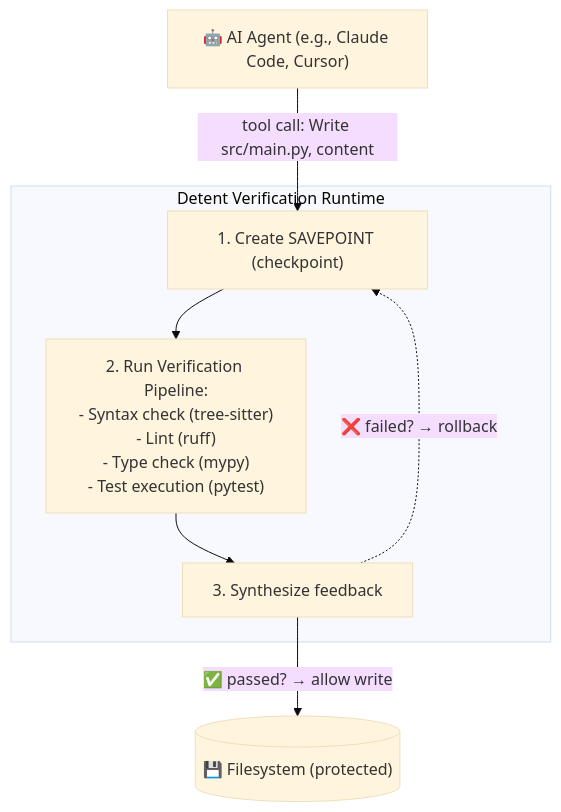
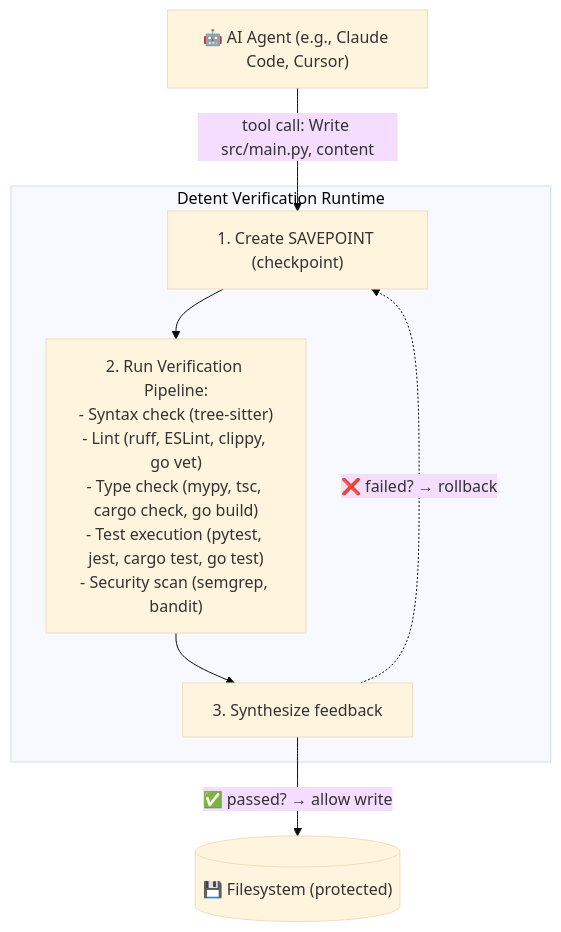
One commit to ofircohen205/detent changed the diagram in README.md. Above: the diagram before and after it, drawn with Mermaid (base theme). The commit also changed other lines of this file and 5 other files, not shown here.

````diff
--- a/README.md
+++ b/README.md
@@ -19,18 +19,18 @@
 ```mermaid
 graph TD
     Agent["🤖 AI Agent (e.g., Claude Code, Cursor)"]
 
     subgraph DV["Detent Verification Runtime"]
         S1["1. Create SAVEPOINT (checkpoint)"]
-        S2["2. Run Verification Pipeline:<br>- Syntax check (tree-sitter)<br>- Lint (ruff)<br>- Type check (mypy)<br>- Test execution (pytest)"]
+        S2["2. Run Verification Pipeline:<br>- Syntax check (tree-sitter)<br>- Lint (ruff, ESLint, clippy, go vet)<br>- Type check (mypy, tsc, cargo check, go build)<br>- Test execution (pytest, jest, cargo test, go test)<br>- Security scan (semgrep, bandit)"]
         S3["3. Synthesize feedback"]
     end
 
     FS[("💾 Filesystem (protected)")]
 
     Agent -->|tool call: Write src/main.py, content| S1
     S1 --> S2
     S2 --> S3
     S3 -->|✅ passed? → allow write| FS
     S3 -.->|❌ failed? → rollback| S1
 ```
````
